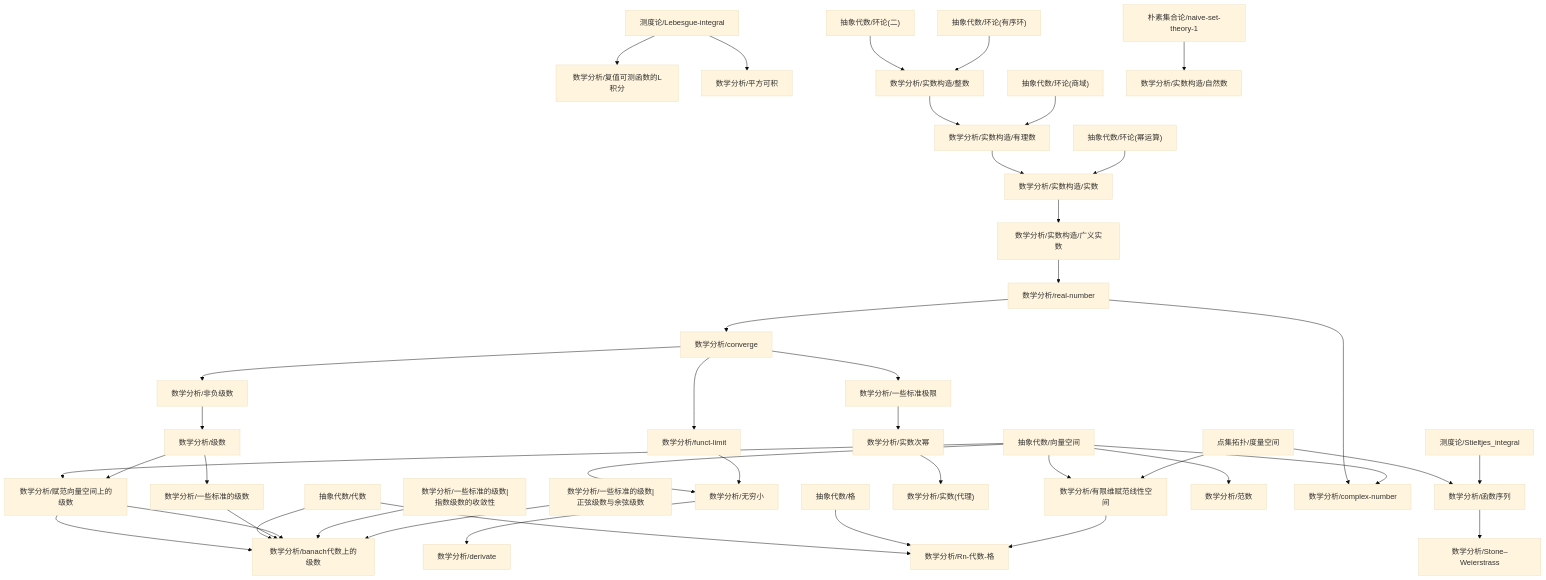
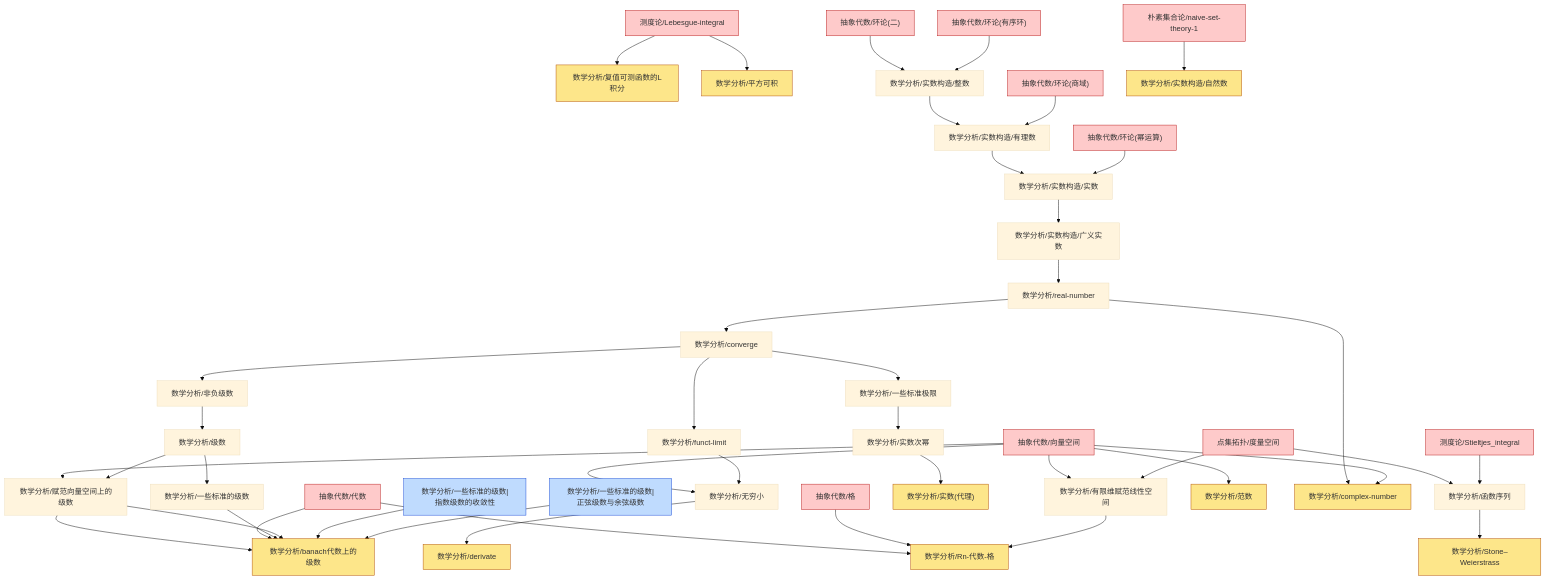
The diagram in content/数学分析/dependency_graph.md (zeroDtree/zeroDtree.github.io), drawn with Mermaid (base theme) before and after one commit. The commit also changed 16 other files, not shown here.

````diff
--- a/content/数学分析/dependency_graph.md
+++ b/content/数学分析/dependency_graph.md
@@ -1,44 +1,50 @@
 ```mermaid
 graph TD
 1["抽象代数/向量空间"] --> 0["数学分析/有限维赋范线性空间"]
 2["点集拓扑/度量空间"] --> 0["数学分析/有限维赋范线性空间"]
 4["抽象代数/代数"] --> 3["数学分析/Rn-代数-格"]
 5["抽象代数/格"] --> 3["数学分析/Rn-代数-格"]
 0["数学分析/有限维赋范线性空间"] --> 3["数学分析/Rn-代数-格"]
 7["数学分析/非负级数"] --> 6["数学分析/级数"]
 9["数学分析/赋范向量空间上的级数"] --> 8["数学分析/banach代数上的级数"]
 4["抽象代数/代数"] --> 8["数学分析/banach代数上的级数"]
 10["数学分析/一些标准的级数"] --> 8["数学分析/banach代数上的级数"]
 9["数学分析/赋范向量空间上的级数"] --> 8["数学分析/banach代数上的级数"]
 11["数学分析/一些标准的级数|指数级数的收敛性"] --> 8["数学分析/banach代数上的级数"]
 12["数学分析/一些标准的级数|正弦级数与余弦级数"] --> 8["数学分析/banach代数上的级数"]
 14["数学分析/实数次幂"] --> 13["数学分析/实数(代理)"]
 6["数学分析/级数"] --> 10["数学分析/一些标准的级数"]
 16["数学分析/converge"] --> 15["数学分析/一些标准极限"]
 18["数学分析/无穷小"] --> 17["数学分析/derivate"]
 19["数学分析/real-number"] --> 16["数学分析/converge"]
 15["数学分析/一些标准极限"] --> 14["数学分析/实数次幂"]
 16["数学分析/converge"] --> 7["数学分析/非负级数"]
 1["抽象代数/向量空间"] --> 20["数学分析/范数"]
 22["测度论/Lebesgue-integral"] --> 21["数学分析/复值可测函数的L积分"]
 1["抽象代数/向量空间"] --> 18["数学分析/无穷小"]
 23["数学分析/funct-limit"] --> 18["数学分析/无穷小"]
 1["抽象代数/向量空间"] --> 9["数学分析/赋范向量空间上的级数"]
 6["数学分析/级数"] --> 9["数学分析/赋范向量空间上的级数"]
 16["数学分析/converge"] --> 23["数学分析/funct-limit"]
 19["数学分析/real-number"] --> 25["数学分析/complex-number"]
 1["抽象代数/向量空间"] --> 25["数学分析/complex-number"]
 26["数学分析/实数构造/广义实数"] --> 19["数学分析/real-number"]
 2["点集拓扑/度量空间"] --> 27["数学分析/函数序列"]
 28["测度论/Stieltjes_integral"] --> 27["数学分析/函数序列"]
 22["测度论/Lebesgue-integral"] --> 29["数学分析/平方可积"]
 27["数学分析/函数序列"] --> 30["数学分析/Stone–Weierstrass"]
 32["数学分析/实数构造/有理数"] --> 31["数学分析/实数构造/实数"]
 33["抽象代数/环论(幂运算)"] --> 31["数学分析/实数构造/实数"]
 34["数学分析/实数构造/整数"] --> 32["数学分析/实数构造/有理数"]
 35["抽象代数/环论(商域)"] --> 32["数学分析/实数构造/有理数"]
 31["数学分析/实数构造/实数"] --> 26["数学分析/实数构造/广义实数"]
 37["朴素集合论/naive-set-theory-1"] --> 36["数学分析/实数构造/自然数"]
 38["抽象代数/环论(二)"] --> 34["数学分析/实数构造/整数"]
 39["抽象代数/环论(有序环)"] --> 34["数学分析/实数构造/整数"]
+classDef leaf fill:#fde68a,stroke:#b45309
+class 3,8,13,17,20,21,25,29,30,36 leaf
+classDef root fill:#bfdbfe,stroke:#1d4ed8
+class 11,12,24 root
+classDef externalRoot fill:#fecaca,stroke:#b91c1c
+class 1,2,4,5,22,28,33,35,37,38,39 externalRoot
 ```
````
